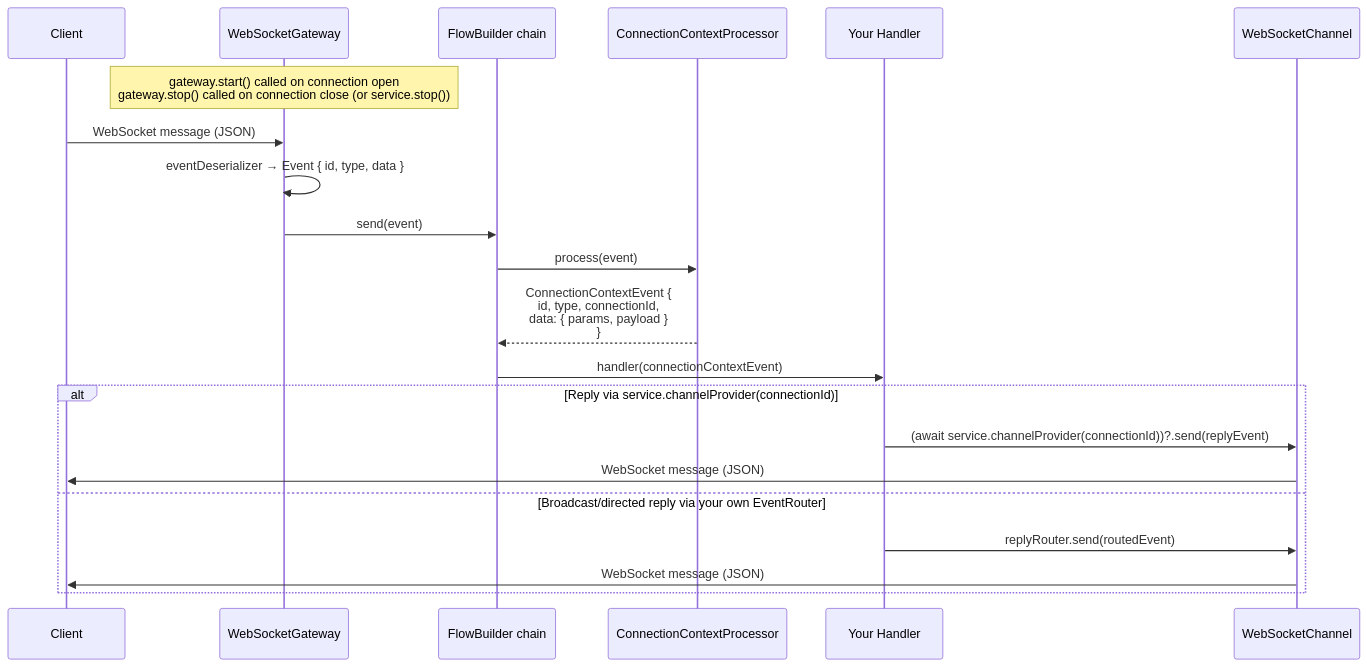
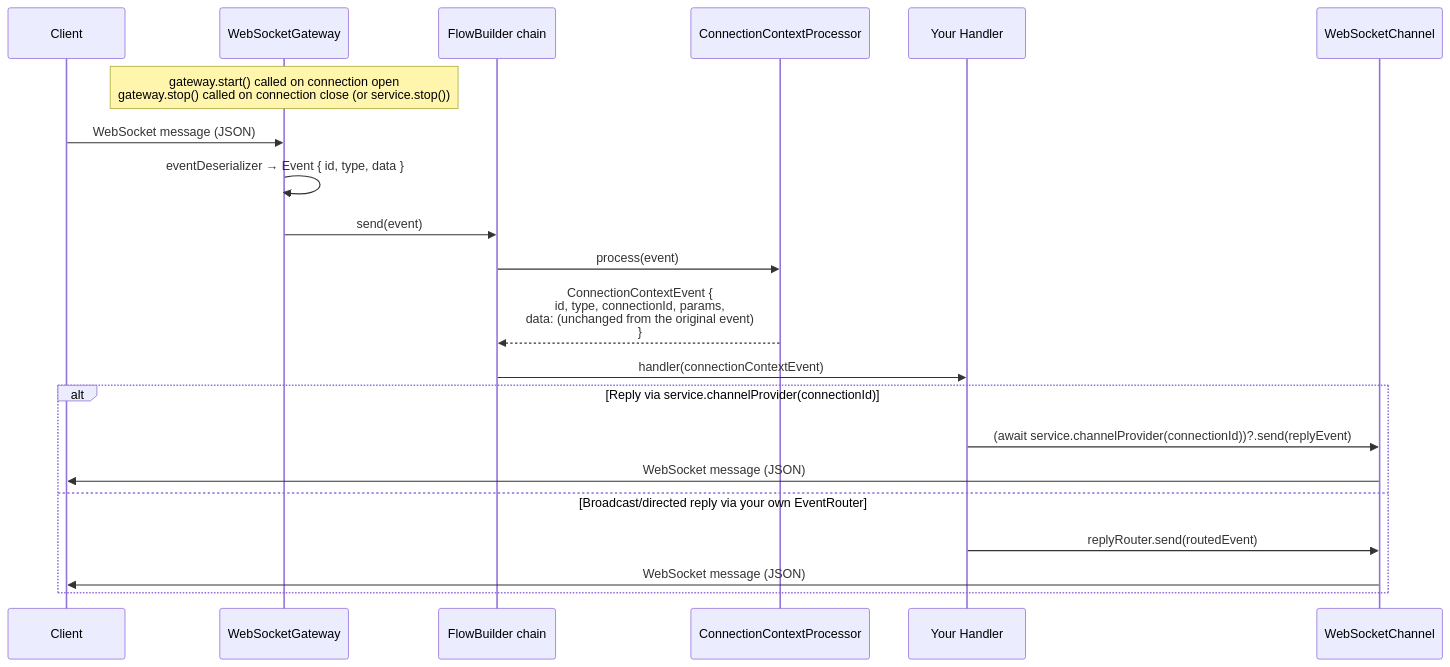
Before and after one commit to sektek/synaptik-express: the third of 4 diagrams in docs/web-socket.md, drawn with Mermaid. The commit also changed other lines of this file and 3 other files, not shown here.

First line of the commit message:
refactor: build ConnectionContextEvent via EventBuilder.from(), drop payload wrapping

````diff
--- a/docs/web-socket.md
+++ b/docs/web-socket.md
@@ -141,28 +141,28 @@
 ```mermaid
 sequenceDiagram
     participant Client
     participant Gateway as WebSocketGateway
     participant Flow as FlowBuilder chain
     participant Processor as ConnectionContextProcessor
     participant Handler as Your Handler
     participant Channel as WebSocketChannel
 
     Note over Gateway: gateway.start() called on connection open<br/>gateway.stop() called on connection close (or service.stop())
 
     Client->>Gateway: WebSocket message (JSON)
     Gateway->>Gateway: eventDeserializer → Event { id, type, data }
     Gateway->>Flow: send(event)
 
     Flow->>Processor: process(event)
-    Processor-->>Flow: ConnectionContextEvent {<br/>  id, type, connectionId,<br/>  data: { params, payload }<br/>}
+    Processor-->>Flow: ConnectionContextEvent {<br/>  id, type, connectionId, params,<br/>  data: (unchanged from the original event)<br/>}
 
     Flow->>Handler: handler(connectionContextEvent)
 
     alt Reply via service.channelProvider(connectionId)
         Handler->>Channel: (await service.channelProvider(connectionId))?.send(replyEvent)
         Channel->>Client: WebSocket message (JSON)
     else Broadcast/directed reply via your own EventRouter
         Handler->>Channel: replyRouter.send(routedEvent)
         Channel->>Client: WebSocket message (JSON)
     end
 ```
````
